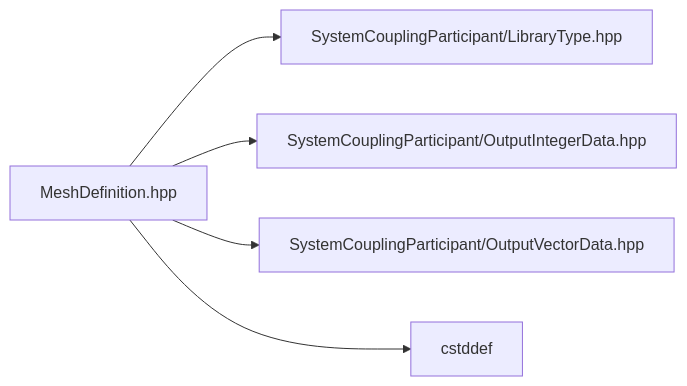
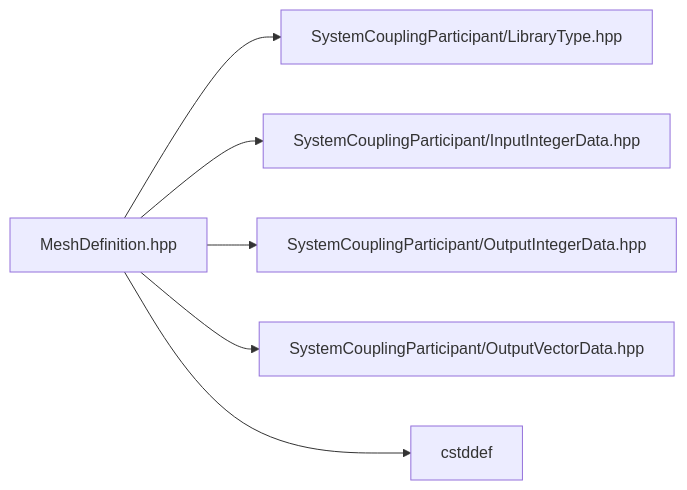
The diagram in 2026R1/system-coupling-26-r1/articles/cpp-reference/MeshDefinition_8hpp.md (ansys/DevRelDocs), drawn with Mermaid before and after one commit. The commit also changed other lines of this file and 377 other files, not shown here.

````diff
--- a/2026R1/system-coupling-26-r1/articles/cpp-reference/MeshDefinition_8hpp.md
+++ b/2026R1/system-coupling-26-r1/articles/cpp-reference/MeshDefinition_8hpp.md
@@ -34,18 +44,21 @@
 ```mermaid
 graph LR
-3["SystemCouplingParticipant/OutputIntegerData.hpp"]
-
-4["SystemCouplingParticipant/OutputVectorData.hpp"]
-
-2["SystemCouplingParticipant/LibraryType.hpp"]
-
 1["MeshDefinition.hpp"]
 click 1 "MeshDefinition_8hpp.md#MeshDefinition_8hpp"
 1 --> 2
 1 --> 3
 1 --> 4
 1 --> 5
+1 --> 6
 
-5["cstddef"]
+3["SystemCouplingParticipant/InputIntegerData.hpp"]
+
+2["SystemCouplingParticipant/LibraryType.hpp"]
+
+4["SystemCouplingParticipant/OutputIntegerData.hpp"]
+
+5["SystemCouplingParticipant/OutputVectorData.hpp"]
+
+6["cstddef"]
 
 ```
````
